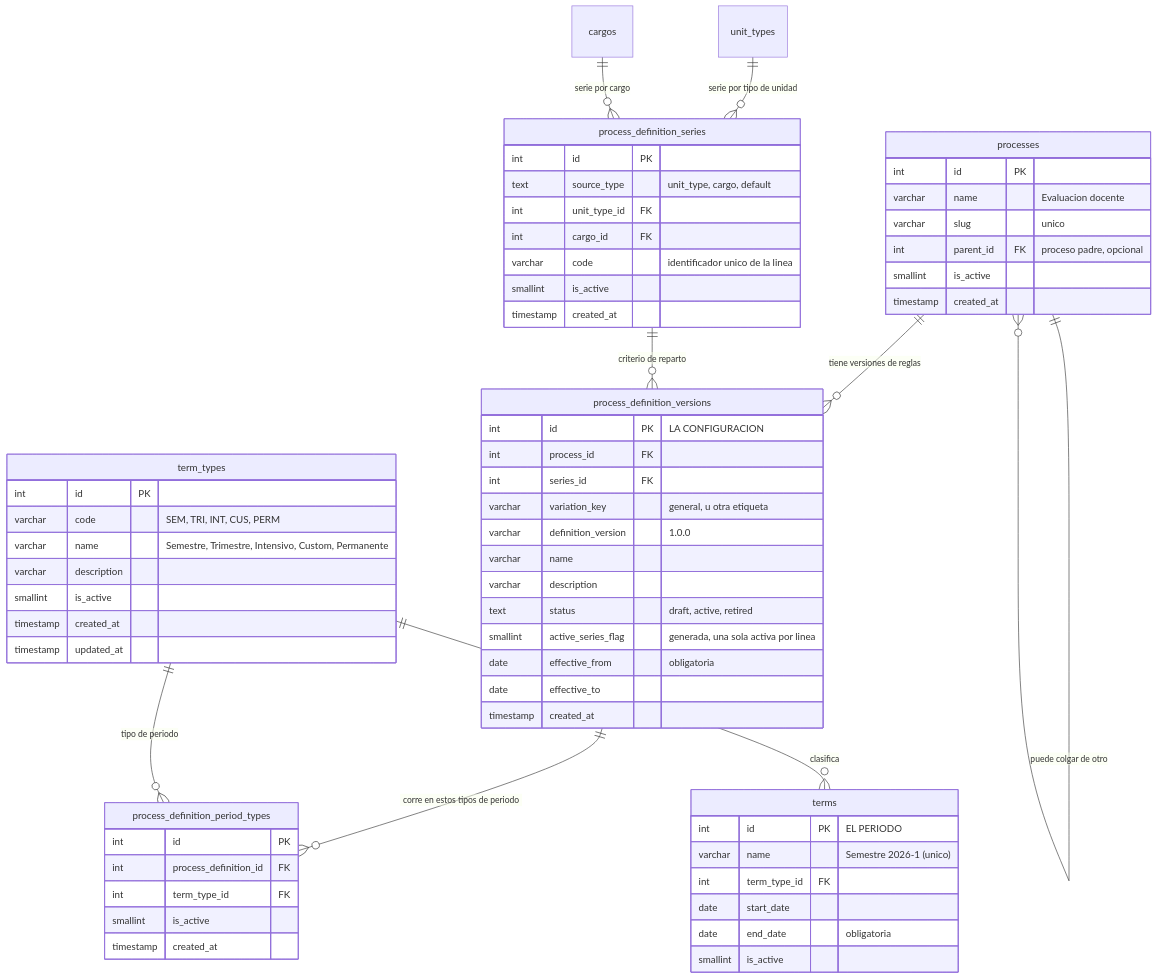
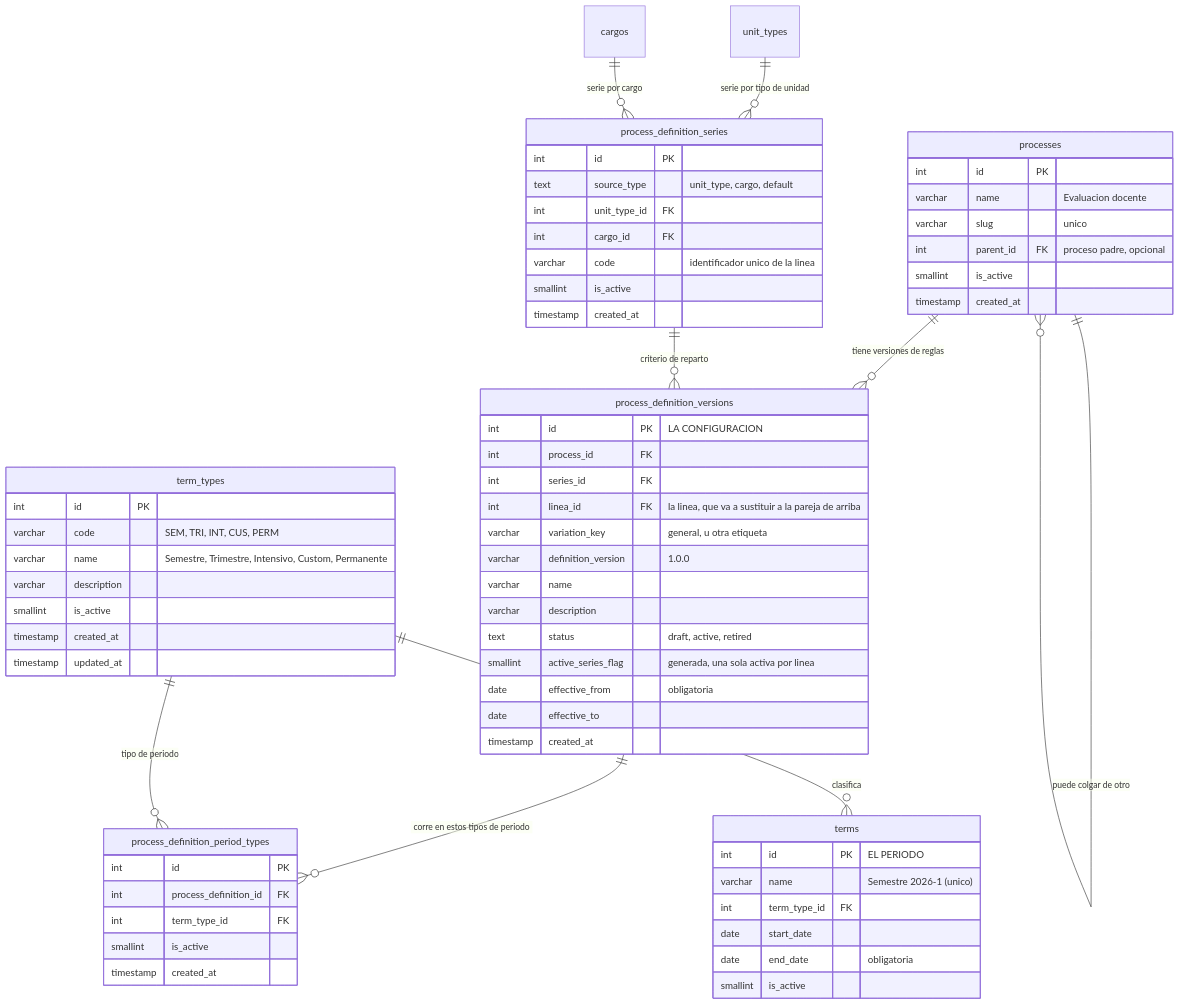
Before and after one commit to fresvel/deasy: the diagram in docs/src/content/docs/modelo/proceso.md, drawn with Mermaid. The commit also changed other lines of this file and 18 other files, not shown here.

````diff
--- a/docs/src/content/docs/modelo/proceso.md
+++ b/docs/src/content/docs/modelo/proceso.md
@@ -90,67 +120,68 @@
 ```mermaid
 erDiagram
   processes ||--o{ process_definition_versions : "tiene versiones de reglas"
   processes ||--o{ processes : "puede colgar de otro"
   process_definition_series ||--o{ process_definition_versions : "criterio de reparto"
   unit_types ||--o{ process_definition_series : "serie por tipo de unidad"
   cargos ||--o{ process_definition_series : "serie por cargo"
   process_definition_versions ||--o{ process_definition_period_types : "corre en estos tipos de periodo"
   term_types ||--o{ process_definition_period_types : "tipo de periodo"
   term_types ||--o{ terms : "clasifica"
 
   processes {
     int id PK
     varchar name "Evaluacion docente"
     varchar slug "unico"
     int parent_id FK "proceso padre, opcional"
     smallint is_active
     timestamp created_at
   }
   process_definition_series {
     int id PK
     text source_type "unit_type, cargo, default"
     int unit_type_id FK
     int cargo_id FK
     varchar code "identificador unico de la linea"
     smallint is_active
     timestamp created_at
   }
   process_definition_versions {
     int id PK "LA CONFIGURACION"
     int process_id FK
     int series_id FK
+    int linea_id FK "la linea, que va a sustituir a la pareja de arriba"
     varchar variation_key "general, u otra etiqueta"
     varchar definition_version "1.0.0"
     varchar name
     varchar description
     text status "draft, active, retired"
     smallint active_series_flag "generada, una sola activa por linea"
     date effective_from "obligatoria"
     date effective_to
     timestamp created_at
   }
   process_definition_period_types {
     int id PK
     int process_definition_id FK
     int term_type_id FK
     smallint is_active
     timestamp created_at
   }
   term_types {
     int id PK
     varchar code "SEM, TRI, INT, CUS, PERM"
     varchar name "Semestre, Trimestre, Intensivo, Custom, Permanente"
     varchar description
     smallint is_active
     timestamp created_at
     timestamp updated_at
   }
   terms {
     int id PK "EL PERIODO"
     varchar name "Semestre 2026-1 (unico)"
     int term_type_id FK
     date start_date
     date end_date "obligatoria"
     smallint is_active
   }
 ```
````
